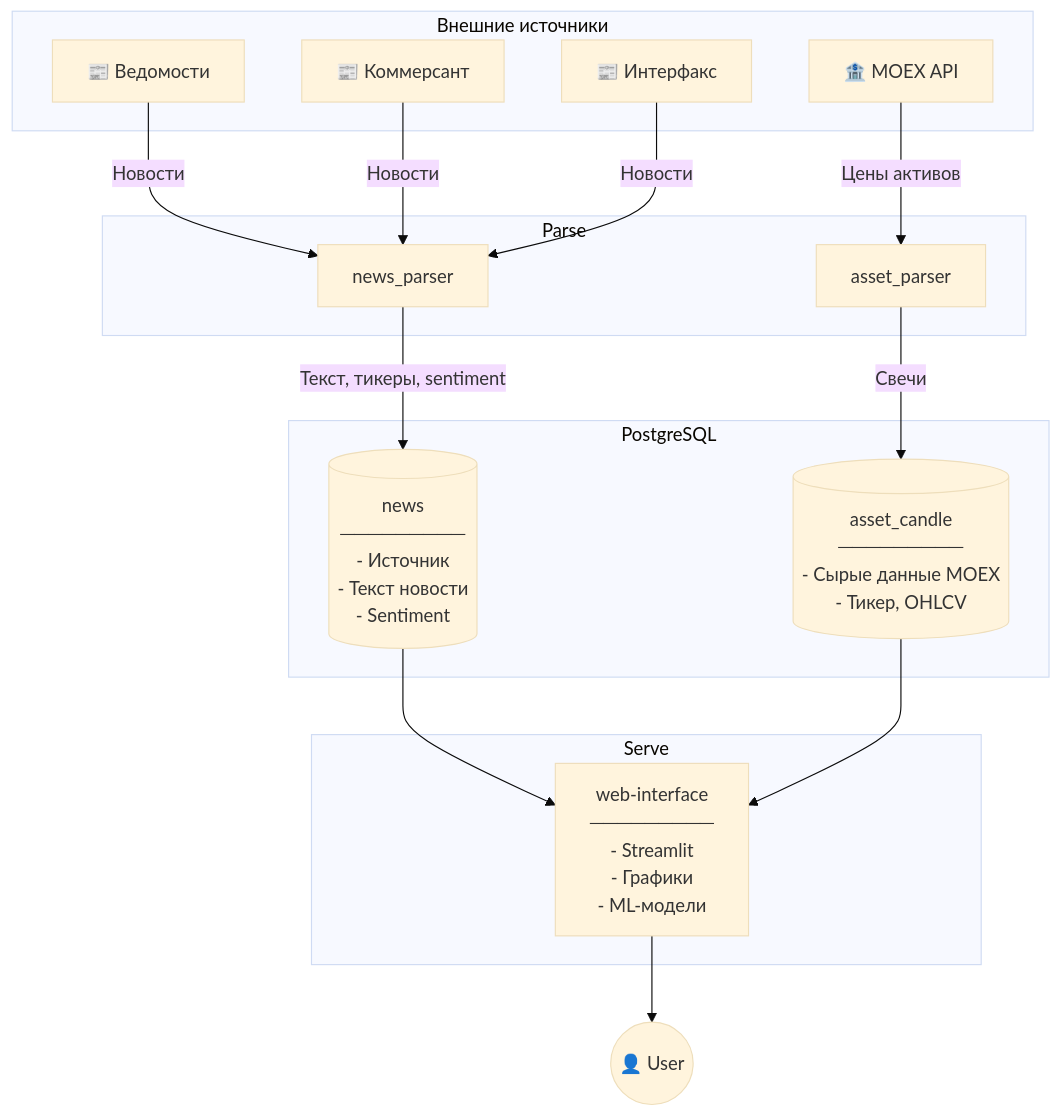
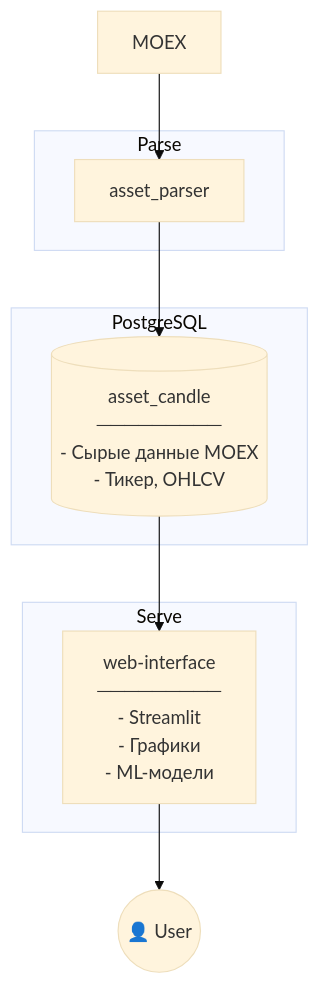
Before and after one commit to 3m1d/stocks-advisor: the diagram in app/README.md, drawn with Mermaid (base theme). The commit also changed other lines of this file and 3 other files, not shown here.

````diff
--- a/app/README.md
+++ b/app/README.md
@@ -9,38 +9,24 @@
 ```mermaid
 flowchart TB
-    subgraph External["Внешние источники"]
-        MOEX["🏦 MOEX API"]
-        VED["📰 Ведомости"]
-        KOM["📰 Коммерсант"]
-        INT["📰 Интерфакс"]
-    end
-
     subgraph Parse["Parse"]
         MP["asset_parser"]
-        NP["news_parser"]
     end
 
     subgraph DB["PostgreSQL"]
         AR[("asset_candle<br>─────────<br>- Сырые данные MOEX<br>- Тикер, OHLCV")]
-        NW[("news<br>─────────<br>- Источник<br>- Текст новости<br>- Sentiment")]
     end
 
     subgraph Serve["Serve"]
         WEB["web-interface<br>─────────<br>- Streamlit<br>- Графики<br>- ML-модели"]
     end
 
     USER(("👤 User"))
 
-    MOEX -->|Цены активов| MP
-    VED -->|Новости| NP
-    KOM -->|Новости| NP
-    INT -->|Новости| NP
+    MOEX --> MP
 
-    MP -->|Свечи| AR
-    NP -->|Текст, тикеры, sentiment| NW
+    MP --> AR
 
-    NW --> WEB
     AR --> WEB
 
     WEB --> USER
 ```
````
